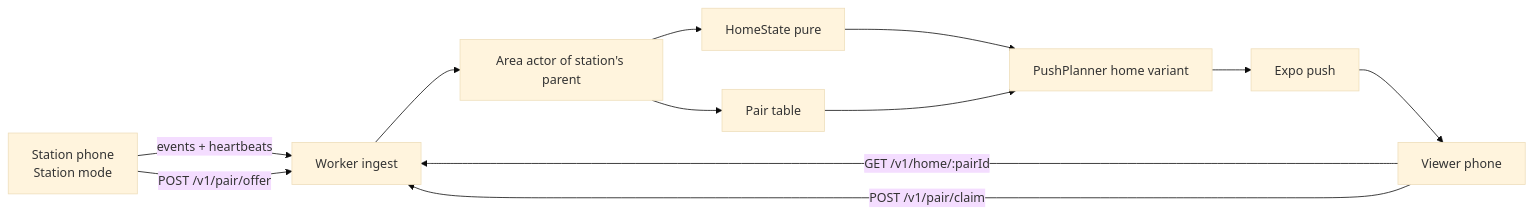
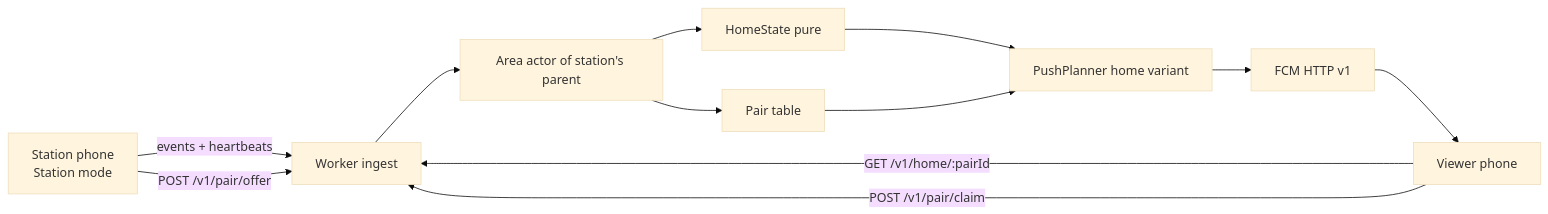
One commit to 3akare/outage changed the first of 6 diagrams in .kiro/specs/home-watch/design.md. Above: the diagram before and after it, drawn with Mermaid (base theme). The commit also changed other lines of this file and 108 other files, not shown here.

````diff
--- a/.kiro/specs/home-watch/design.md
+++ b/.kiro/specs/home-watch/design.md
@@ -7,14 +7,14 @@
 ```mermaid
 flowchart LR
     ST[Station phone<br/>Station mode] -->|events + heartbeats| W[Worker ingest]
     W --> AA[Area actor of station's parent]
     AA --> HS[HomeState pure]
     AA --> PR[Pair table]
     HS --> PL[PushPlanner home variant]
     PR --> PL
-    PL --> EX[Expo push]
-    EX --> VW[Viewer phone]
+    PL --> FC[FCM HTTP v1]
+    FC --> VW[Viewer phone]
     VW -->|GET /v1/home/:pairId| W
     ST -->|POST /v1/pair/offer| W
     VW -->|POST /v1/pair/claim| W
 ```
````
